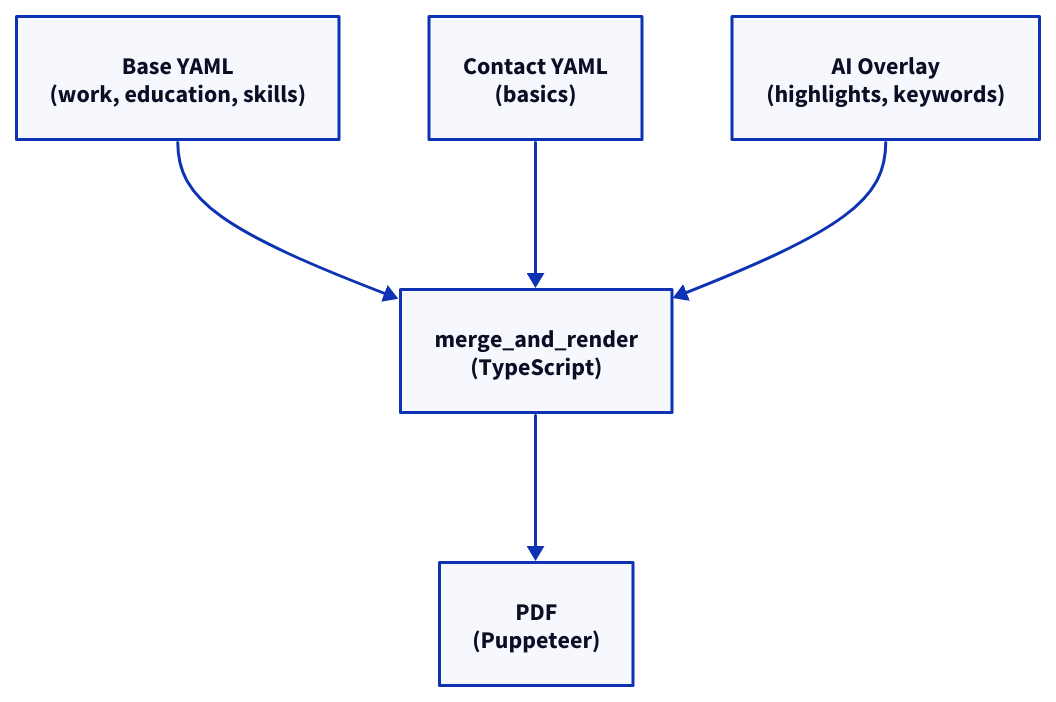
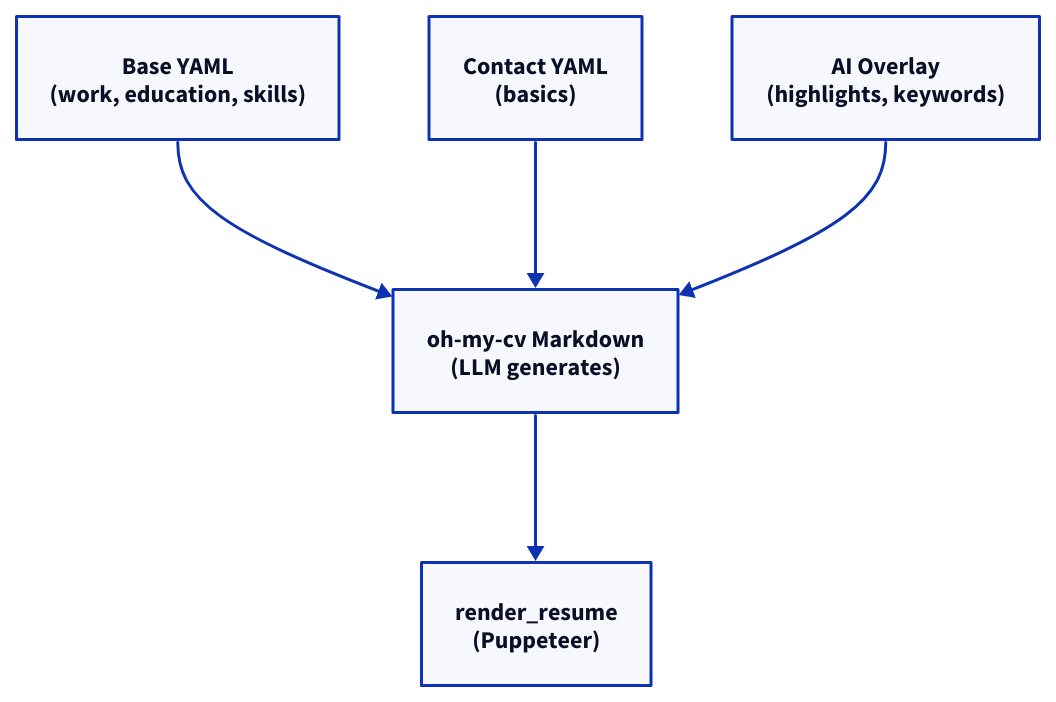
One commit to alc0der/autopilot-careers-community changed the diagram in packages/agent-marketplace/skills/write-resume/references/execute.md. Above: the diagram before and after it, drawn with D2. The commit also changed other lines of this file and 9 other files, not shown here.

````diff
--- a/packages/agent-marketplace/skills/write-resume/references/execute.md
+++ b/packages/agent-marketplace/skills/write-resume/references/execute.md
@@ -5,28 +5,28 @@
 ```d2
 direction: down
 
 base: Base YAML {
   label: "Base YAML\n(work, education, skills)"
 }
 
 contact: Contact YAML {
   label: "Contact YAML\n(basics)"
 }
 
 ai: AI Overlay YAML {
   label: "AI Overlay\n(highlights, keywords)"
 }
 
-merge: Merge & Render {
-  label: "merge_and_render\n(TypeScript)"
+md: Rendered Markdown {
+  label: "oh-my-cv Markdown\n(LLM generates)"
 }
 
 pdf: PDF {
-  label: "PDF\n(Puppeteer)"
+  label: "render_resume\n(Puppeteer)"
 }
 
-base -> merge
-contact -> merge
-ai -> merge
-merge -> pdf
+base -> md
+contact -> md
+ai -> md
+md -> pdf
 ```
````
